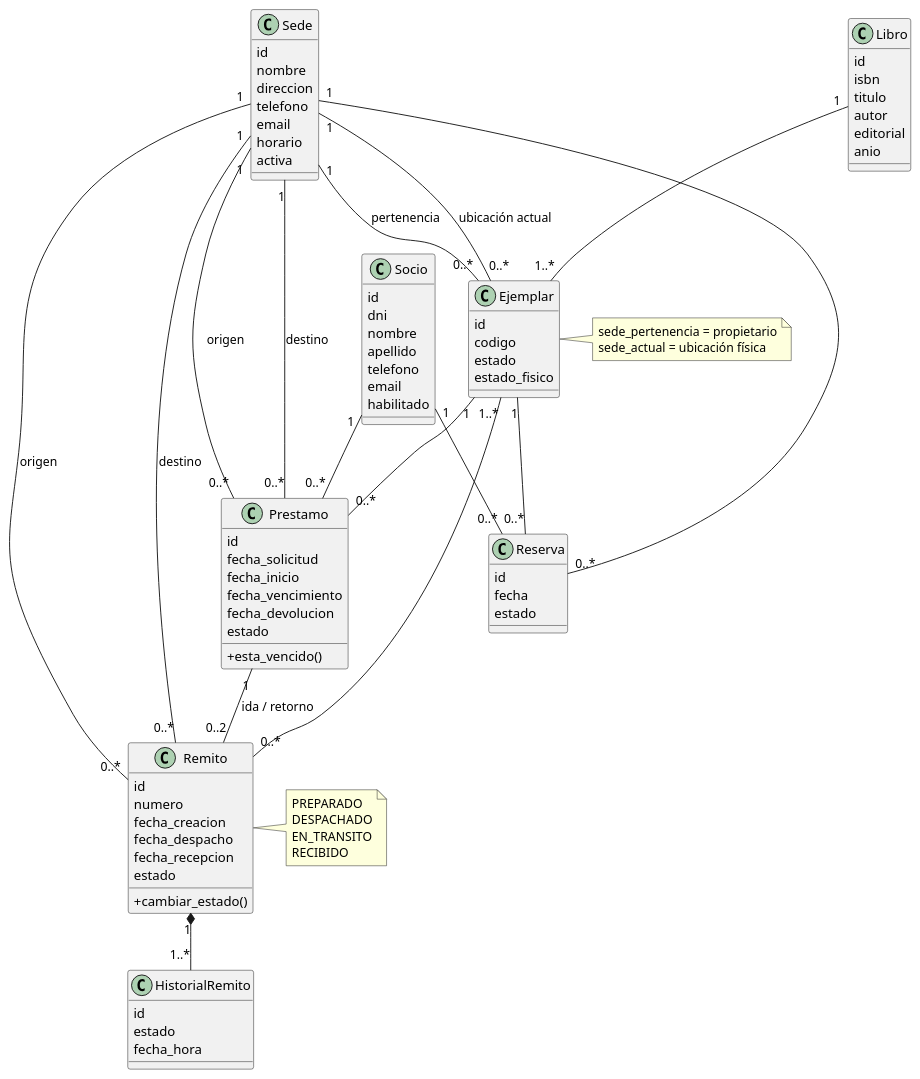
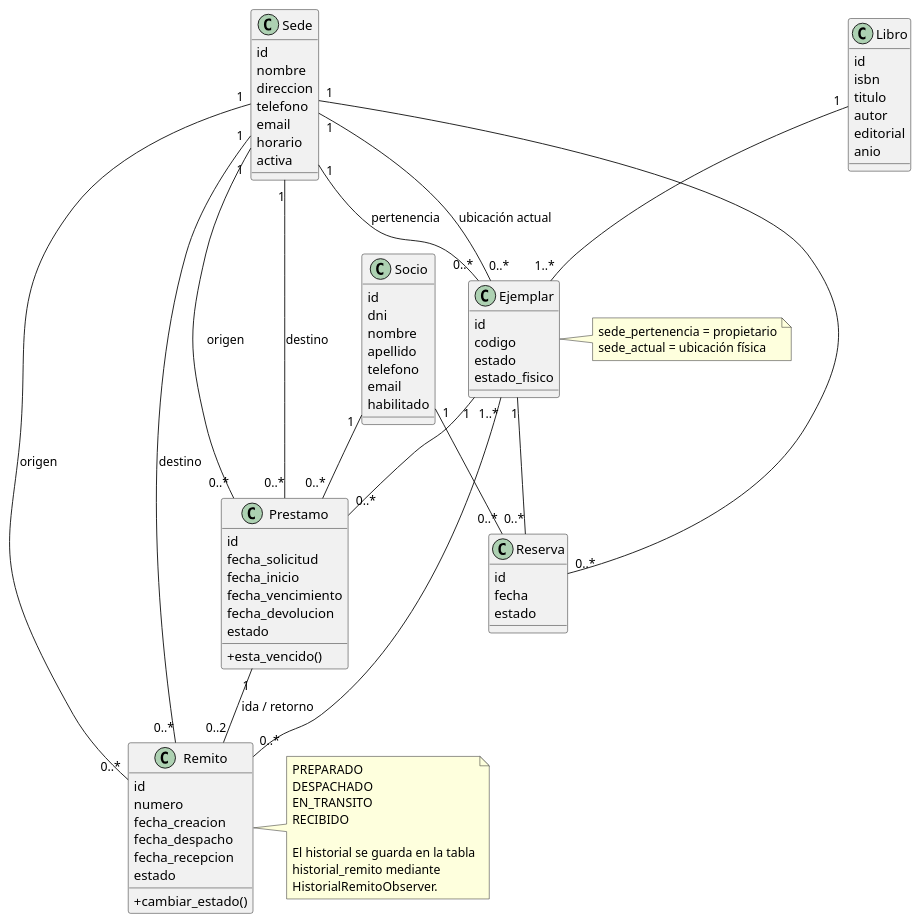
One commit to franciscovitar/tp-DAO changed the diagram in docs/modelo.puml. Above: the diagram before and after it, drawn with PlantUML. The commit also changed 7 other files, not shown here.

```diff
--- a/docs/modelo.puml
+++ b/docs/modelo.puml
@@ -1,102 +1,99 @@
 @startuml
 skinparam classAttributeIconSize 0
 
 class Sede {
   id
   nombre
   direccion
   telefono
   email
   horario
   activa
 }
 
 class Socio {
   id
   dni
   nombre
   apellido
   telefono
   email
   habilitado
 }
 
 class Libro {
   id
   isbn
   titulo
   autor
   editorial
   anio
 }
 
 class Ejemplar {
   id
   codigo
   estado
   estado_fisico
 }
 
 class Prestamo {
   id
   fecha_solicitud
   fecha_inicio
   fecha_vencimiento
   fecha_devolucion
   estado
   + esta_vencido()
 }
 
 class Reserva {
   id
   fecha
   estado
 }
 
 class Remito {
   id
   numero
   fecha_creacion
   fecha_despacho
   fecha_recepcion
   estado
   + cambiar_estado()
 }
 
-class HistorialRemito {
-  id
-  estado
-  fecha_hora
-}
-
 Libro "1" -- "1..*" Ejemplar
 Sede "1" -- "0..*" Ejemplar : pertenencia
 Sede "1" -- "0..*" Ejemplar : ubicación actual
 
 Socio "1" -- "0..*" Prestamo
 Ejemplar "1" -- "0..*" Prestamo
 Sede "1" -- "0..*" Prestamo : origen
 Sede "1" -- "0..*" Prestamo : destino
 
 Socio "1" -- "0..*" Reserva
 Ejemplar "1" -- "0..*" Reserva
 Sede "1" -- "0..*" Reserva
 
 Prestamo "1" -- "0..2" Remito : ida / retorno
 Sede "1" -- "0..*" Remito : origen
 Sede "1" -- "0..*" Remito : destino
 Remito "0..*" -- "1..*" Ejemplar
-Remito "1" *-- "1..*" HistorialRemito
 
 note right of Ejemplar
   sede_pertenencia = propietario
   sede_actual = ubicación física
 end note
 
 note right of Remito
   PREPARADO
   DESPACHADO
   EN_TRANSITO
   RECIBIDO
+
+  El historial se guarda en la tabla
+  historial_remito mediante
+  HistorialRemitoObserver.
 end note
 @enduml
```
